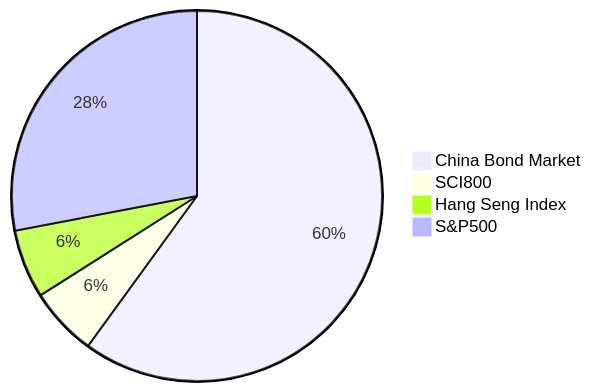
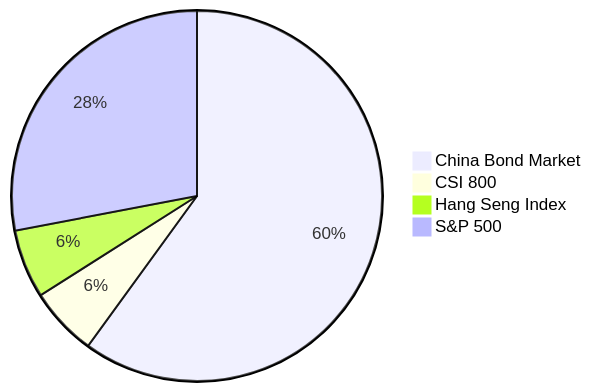
The second of 5 diagrams in chinese-couch-potato.md (low-earth-orbit/notes), drawn with Mermaid before and after one commit. The commit also changed other lines of this file, not shown here.

````diff
--- a/chinese-couch-potato.md
+++ b/chinese-couch-potato.md
@@ -103,7 +103,7 @@
 ```mermaid
 pie
 "China Bond Market" : 60
-"SCI800" : 6
+"CSI 800" : 6
 "Hang Seng Index" : 6
-"S&P500" : 28
+"S&P 500" : 28
 ```
````
